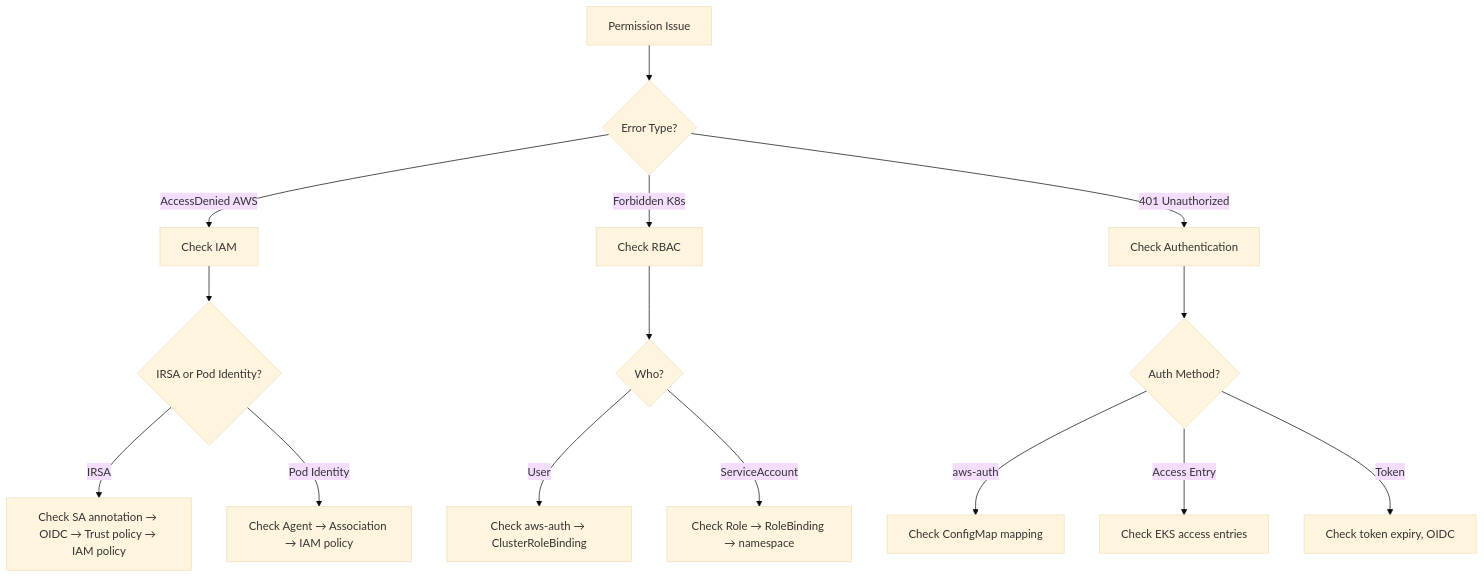
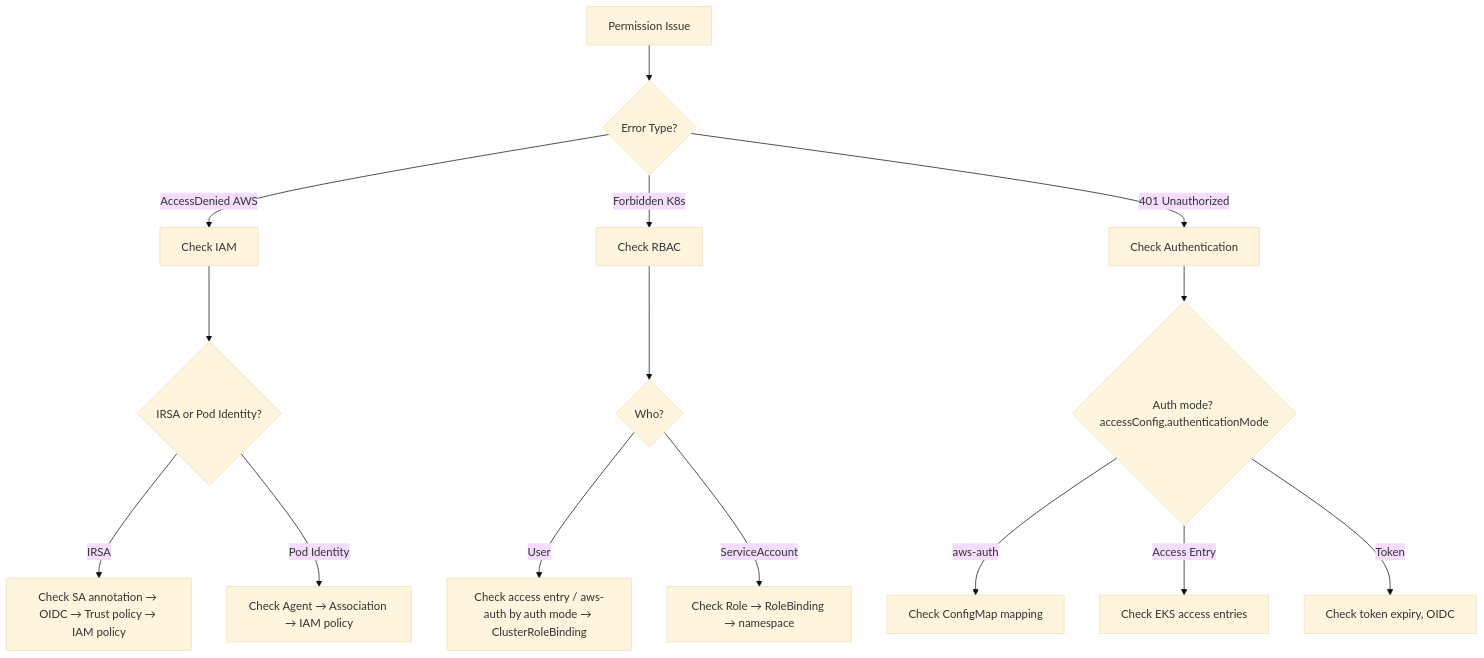
One commit to Atom-oh/oh-my-cloud-skills changed the diagram in plugins/aws-ops-plugin/agents/iam-agent.md. Above: the diagram before and after it, drawn with Mermaid (base theme). The commit also changed other lines of this file and 87 other files, not shown here.

````diff
--- a/plugins/aws-ops-plugin/agents/iam-agent.md
+++ b/plugins/aws-ops-plugin/agents/iam-agent.md
@@ -150,21 +160,21 @@
 ```mermaid
 flowchart TD
     START[Permission Issue] --> TYPE{Error Type?}
 
     TYPE -->|AccessDenied AWS| AWS[Check IAM]
     TYPE -->|Forbidden K8s| K8S[Check RBAC]
     TYPE -->|401 Unauthorized| AUTH[Check Authentication]
 
     AWS --> IRSA{IRSA or Pod Identity?}
     IRSA -->|IRSA| IRSA_CHECK[Check SA annotation → OIDC → Trust policy → IAM policy]
     IRSA -->|Pod Identity| PI_CHECK[Check Agent → Association → IAM policy]
 
     K8S --> RBAC_WHO{Who?}
-    RBAC_WHO -->|User| RBAC_USER[Check aws-auth → ClusterRoleBinding]
+    RBAC_WHO -->|User| RBAC_USER[Check access entry / aws-auth by auth mode → ClusterRoleBinding]
     RBAC_WHO -->|ServiceAccount| RBAC_SA[Check Role → RoleBinding → namespace]
 
-    AUTH --> AUTH_TYPE{Auth Method?}
+    AUTH --> AUTH_TYPE{Auth mode? accessConfig.authenticationMode}
     AUTH_TYPE -->|aws-auth| AUTH_CM[Check ConfigMap mapping]
     AUTH_TYPE -->|Access Entry| AUTH_AE[Check EKS access entries]
     AUTH_TYPE -->|Token| AUTH_TOK[Check token expiry, OIDC]
 ```
````
